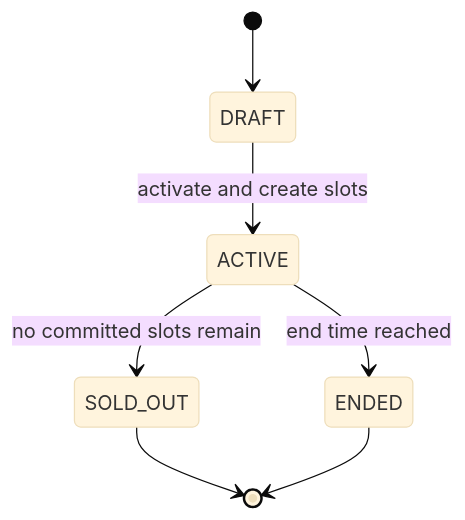
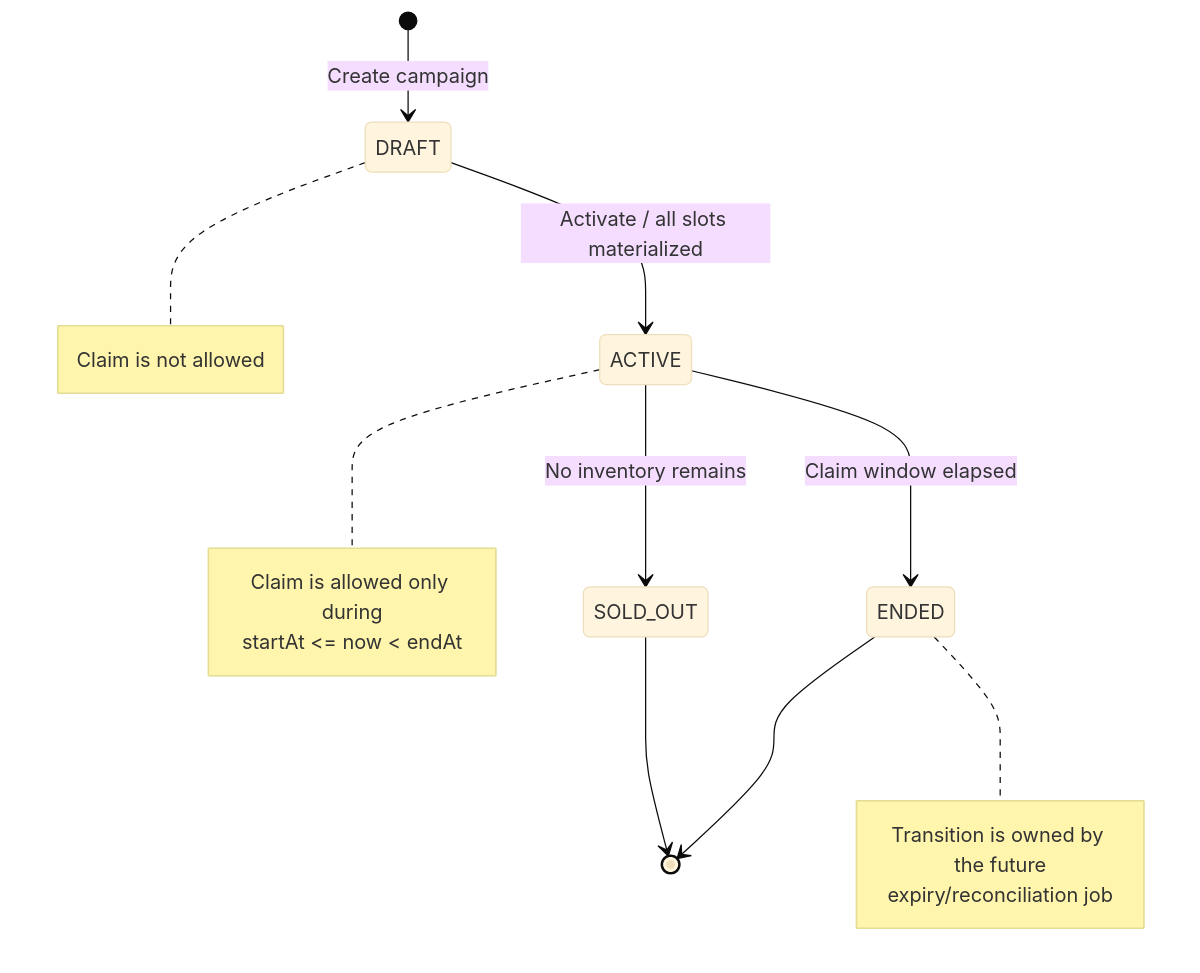
Before and after one commit to PhamDinhDuy-2508/Voucher-claim-system: the third of 13 diagrams in SOLUTION.md, drawn with Mermaid (base theme). The commit also changed other lines of this file, not shown here.

Commit message:
Restore complete English solution diagrams

````diff
--- a/SOLUTION.md
+++ b/SOLUTION.md
@@ -146,9 +289,23 @@
 ```mermaid
-    stateDiagram-v2
-        [*] --> DRAFT
-        DRAFT --> ACTIVE: activate and create slots
-        ACTIVE --> SOLD_OUT: no committed slots remain
-        ACTIVE --> ENDED: end time reached
-        SOLD_OUT --> [*]
-        ENDED --> [*]
+stateDiagram-v2
+    [*] --> DRAFT: Create campaign
+    DRAFT --> ACTIVE: Activate / all slots materialized
+    ACTIVE --> SOLD_OUT: No inventory remains
+    ACTIVE --> ENDED: Claim window elapsed
+    SOLD_OUT --> [*]
+    ENDED --> [*]
+
+    note right of DRAFT
+        Claim is not allowed
+    end note
+
+    note right of ACTIVE
+        Claim is allowed only during
+        startAt <= now < endAt
+    end note
+
+    note right of ENDED
+        Transition is owned by the future
+        expiry/reconciliation job
+    end note
 ```
````
